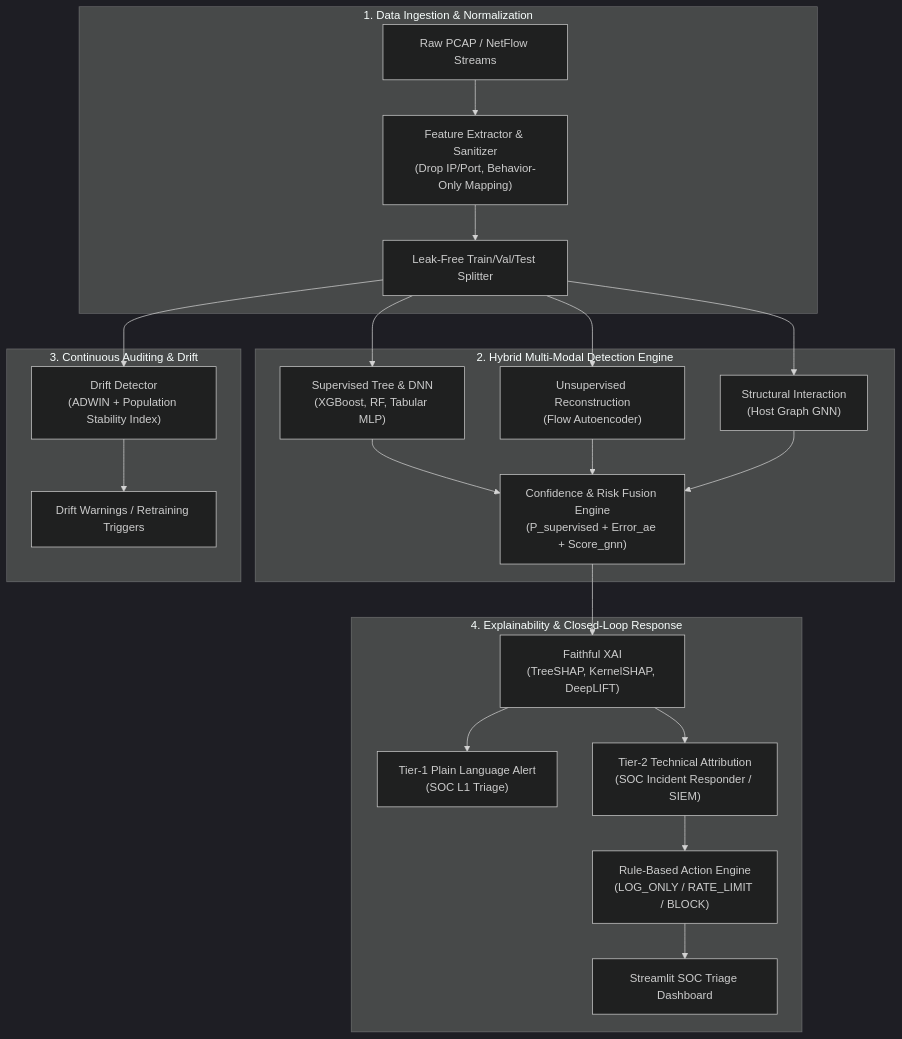
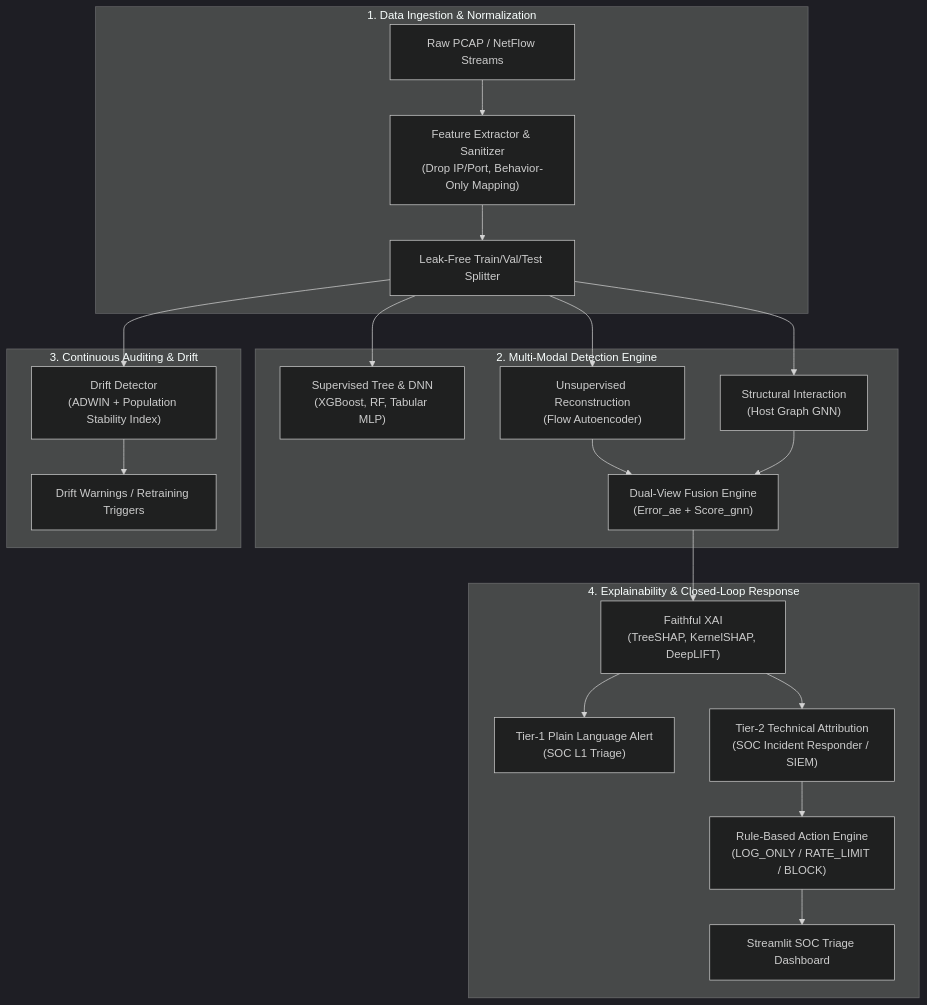
Before and after one commit to Saqlain-mushtaq-alamin/NIDS: the diagram in README.md, drawn with Mermaid (dark theme).

Commit message:
docs: update architecture diagram to reflect multi-modal detection engine changes

````diff
--- a/README.md
+++ b/README.md
@@ -52,30 +52,29 @@
 ```mermaid
 flowchart TD
     subgraph Ingestion["1. Data Ingestion & Normalization"]
         PCAP["Raw PCAP / NetFlow Streams"] --> Extractor["Feature Extractor & Sanitizer<br/>(Drop IP/Port, Behavior-Only Mapping)"]
         Extractor --> Split["Leak-Free Train/Val/Test Splitter"]
     end
 
-    subgraph Detection["2. Hybrid Multi-Modal Detection Engine"]
+    subgraph Detection["2. Multi-Modal Detection Engine"]
         Split --> Sup["Supervised Tree & DNN<br/>(XGBoost, RF, Tabular MLP)"]
         Split --> Semi["Unsupervised Reconstruction<br/>(Flow Autoencoder)"]
         Split --> Graph["Structural Interaction<br/>(Host Graph GNN)"]
         
-        Sup --> Fusion["Confidence & Risk Fusion Engine<br/>(P_supervised + Error_ae + Score_gnn)"]
-        Semi --> Fusion
+        Semi --> Fusion["Dual-View Fusion Engine<br/>(Error_ae + Score_gnn)"]
         Graph --> Fusion
     end
 
     subgraph Monitoring["3. Continuous Auditing & Drift"]
         Split --> Drift["Drift Detector<br/>(ADWIN + Population Stability Index)"]
         Drift --> AlertStream["Drift Warnings / Retraining Triggers"]
     end
 
     subgraph XAI_Response["4. Explainability & Closed-Loop Response"]
         Fusion --> XAI["Faithful XAI<br/>(TreeSHAP, KernelSHAP, DeepLIFT)"]
         XAI --> Tier1["Tier-1 Plain Language Alert<br/>(SOC L1 Triage)"]
         XAI --> Tier2["Tier-2 Technical Attribution<br/>(SOC Incident Responder / SIEM)"]
         Tier2 --> Engine["Rule-Based Action Engine<br/>(LOG_ONLY / RATE_LIMIT / BLOCK)"]
         Engine --> Dashboard["Streamlit SOC Triage Dashboard"]
     end
 ```
````
